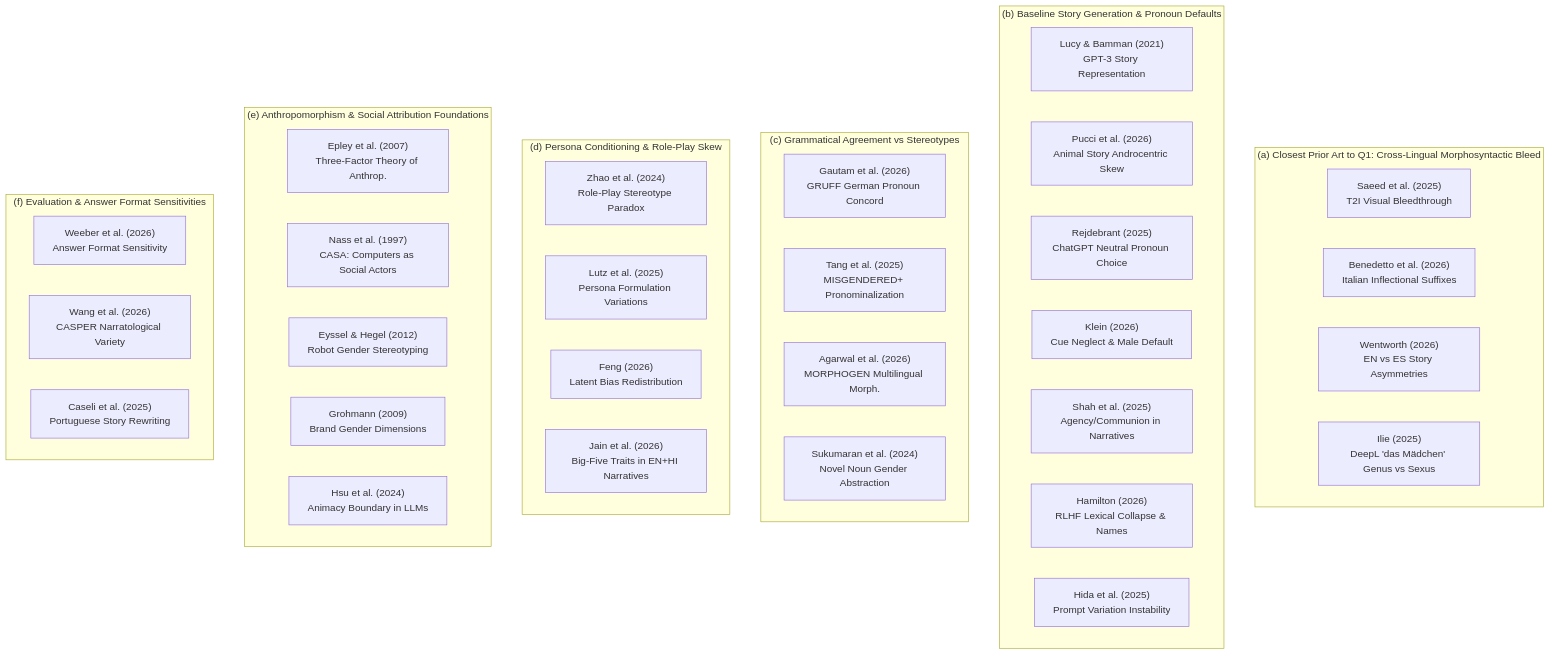
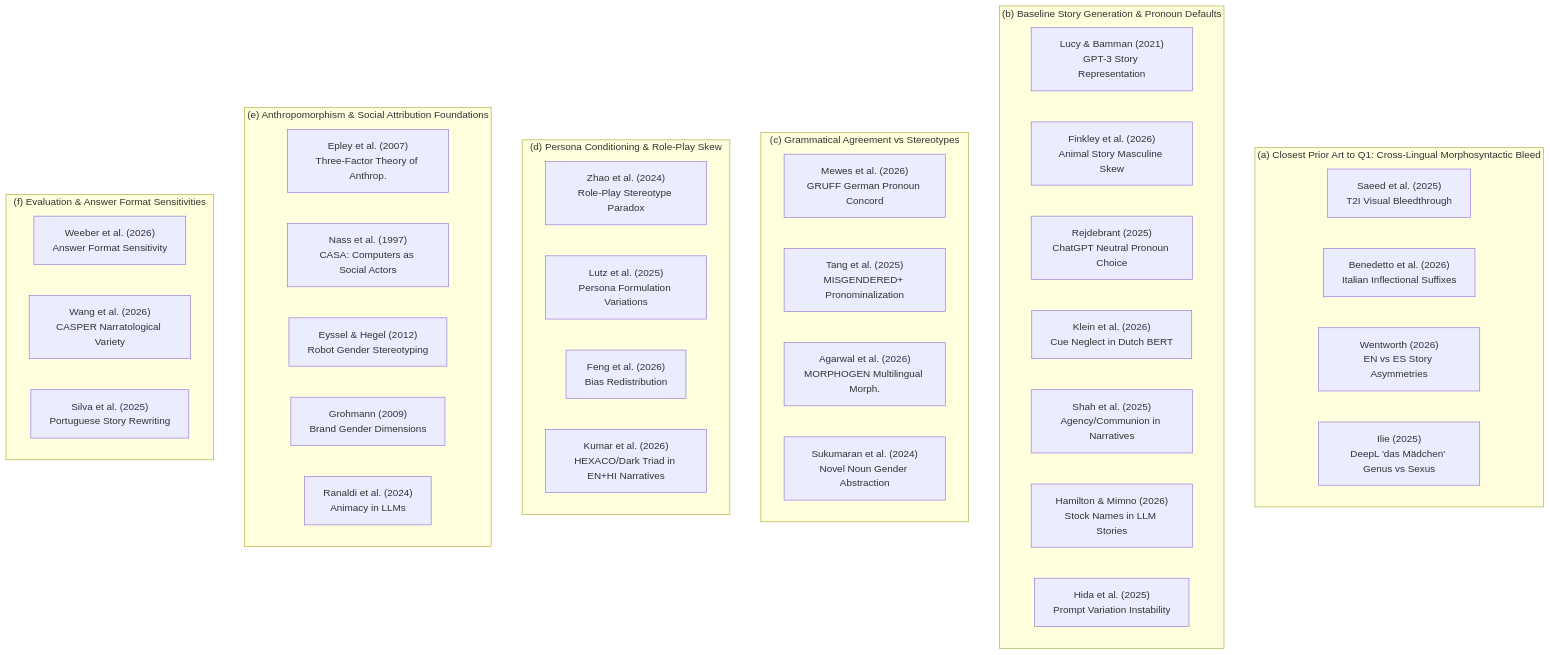
One commit to cyrusae/gender changed the second of 3 diagrams in sources/06_Story_Generation_and_Personification/README.md. Above: the diagram before and after it, drawn with Mermaid. The commit also changed other lines of this file and 7 other files, not shown here.

````diff
--- a/sources/06_Story_Generation_and_Personification/README.md
+++ b/sources/06_Story_Generation_and_Personification/README.md
@@ -86,47 +86,47 @@
 ```mermaid
 graph TD
     subgraph ClusterA["(a) Closest Prior Art to Q1: Cross-Lingual Morphosyntactic Bleed"]
         Saeed["Saeed et al. (2025)<br>T2I Visual Bleedthrough"]
         Benedetto["Benedetto et al. (2026)<br>Italian Inflectional Suffixes"]
         Wentworth["Wentworth (2026)<br>EN vs ES Story Asymmetries"]
         Ilie["Ilie (2025)<br>DeepL 'das Mädchen' Genus vs Sexus"]
     end
 
     subgraph ClusterB["(b) Baseline Story Generation & Pronoun Defaults"]
         Lucy["Lucy & Bamman (2021)<br>GPT-3 Story Representation"]
-        Pucci["Pucci et al. (2026)<br>Animal Story Androcentric Skew"]
+        Pucci["Finkley et al. (2026)<br>Animal Story Masculine Skew"]
         Rejdebrant["Rejdebrant (2025)<br>ChatGPT Neutral Pronoun Choice"]
-        Klein["Klein (2026)<br>Cue Neglect & Male Default"]
+        Klein["Klein et al. (2026)<br>Cue Neglect in Dutch BERT"]
         Shah["Shah et al. (2025)<br>Agency/Communion in Narratives"]
-        Hamilton["Hamilton (2026)<br>RLHF Lexical Collapse & Names"]
+        Hamilton["Hamilton & Mimno (2026)<br>Stock Names in LLM Stories"]
         Hida["Hida et al. (2025)<br>Prompt Variation Instability"]
     end
 
     subgraph ClusterC["(c) Grammatical Agreement vs Stereotypes"]
-        GRUFF["Gautam et al. (2026)<br>GRUFF German Pronoun Concord"]
+        GRUFF["Mewes et al. (2026)<br>GRUFF German Pronoun Concord"]
         MISG["Tang et al. (2025)<br>MISGENDERED+ Pronominalization"]
         MORPH["Agarwal et al. (2026)<br>MORPHOGEN Multilingual Morph."]
         Sukumaran["Sukumaran et al. (2024)<br>Novel Noun Gender Abstraction"]
     end
 
     subgraph ClusterD["(d) Persona Conditioning & Role-Play Skew"]
         Zhao["Zhao et al. (2024)<br>Role-Play Stereotype Paradox"]
         Lutz["Lutz et al. (2025)<br>Persona Formulation Variations"]
-        Feng["Feng (2026)<br>Latent Bias Redistribution"]
-        Jain["Jain et al. (2026)<br>Big-Five Traits in EN+HI Narratives"]
+        Feng["Feng et al. (2026)<br>Bias Redistribution"]
+        Jain["Kumar et al. (2026)<br>HEXACO/Dark Triad in EN+HI Narratives"]
     end
 
     subgraph ClusterE["(e) Anthropomorphism & Social Attribution Foundations"]
         Epley["Epley et al. (2007)<br>Three-Factor Theory of Anthrop."]
         Nass["Nass et al. (1997)<br>CASA: Computers as Social Actors"]
         Eyssel["Eyssel & Hegel (2012)<br>Robot Gender Stereotyping"]
         Grohmann["Grohmann (2009)<br>Brand Gender Dimensions"]
-        Hsu["Hsu et al. (2024)<br>Animacy Boundary in LLMs"]
+        Hsu["Ranaldi et al. (2024)<br>Animacy in LLMs"]
     end
 
     subgraph ClusterF["(f) Evaluation & Answer Format Sensitivities"]
         Weeber["Weeber et al. (2026)<br>Answer Format Sensitivity"]
         Wang["Wang et al. (2026)<br>CASPER Narratological Variety"]
-        JBCS["Caseli et al. (2025)<br>Portuguese Story Rewriting"]
+        JBCS["Silva et al. (2025)<br>Portuguese Story Rewriting"]
     end
 ```
````
